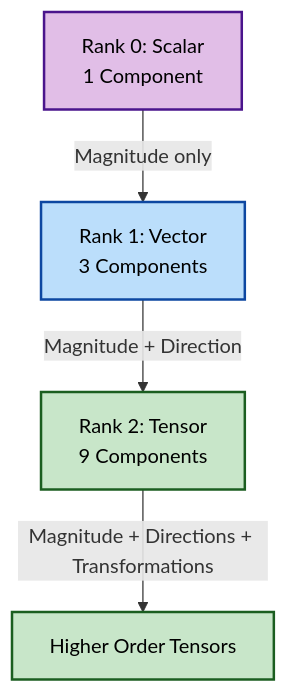
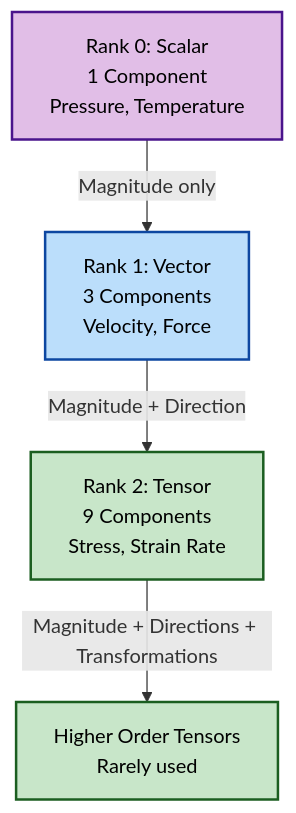
One commit to wramet/build-my-cfd changed the first of 6 diagrams in MODULE_05_OPENFOAM_PROGRAMMING/CONTENT/11_TENSOR_ALGEBRA/01_Introduction.md. Above: the diagram before and after it, drawn with Mermaid. The commit also changed other lines of this file and 124 other files, not shown here.

````diff
--- a/MODULE_05_OPENFOAM_PROGRAMMING/CONTENT/11_TENSOR_ALGEBRA/01_Introduction.md
+++ b/MODULE_05_OPENFOAM_PROGRAMMING/CONTENT/11_TENSOR_ALGEBRA/01_Introduction.md
@@ -20,11 +44,11 @@
 ```mermaid
 flowchart TD
 %% Classes
 classDef rank0 fill:#e1bee7,stroke:#4a148c,stroke-width:2px,color:#000
 classDef rank1 fill:#bbdefb,stroke:#0d47a1,stroke-width:2px,color:#000
 classDef rank2 fill:#c8e6c9,stroke:#1b5e20,stroke-width:2px,color:#000
 
-S[Rank 0: Scalar<br/>1 Component]:::rank0 -->|Magnitude only| V[Rank 1: Vector<br/>3 Components]:::rank1
-V -->|Magnitude + Direction| T[Rank 2: Tensor<br/>9 Components]:::rank2
-T -->|Magnitude + Directions + Transformations| HT[Higher Order Tensors]:::rank2
+S[Rank 0: Scalar<br/>1 Component<br/>Pressure, Temperature]:::rank0 -->|Magnitude only| V[Rank 1: Vector<br/>3 Components<br/>Velocity, Force]:::rank1
+V -->|Magnitude + Direction| T[Rank 2: Tensor<br/>9 Components<br/>Stress, Strain Rate]:::rank2
+T -->|Magnitude + Directions + Transformations| HT[Higher Order Tensors<br/>Rarely used]:::rank2
 ```
````
